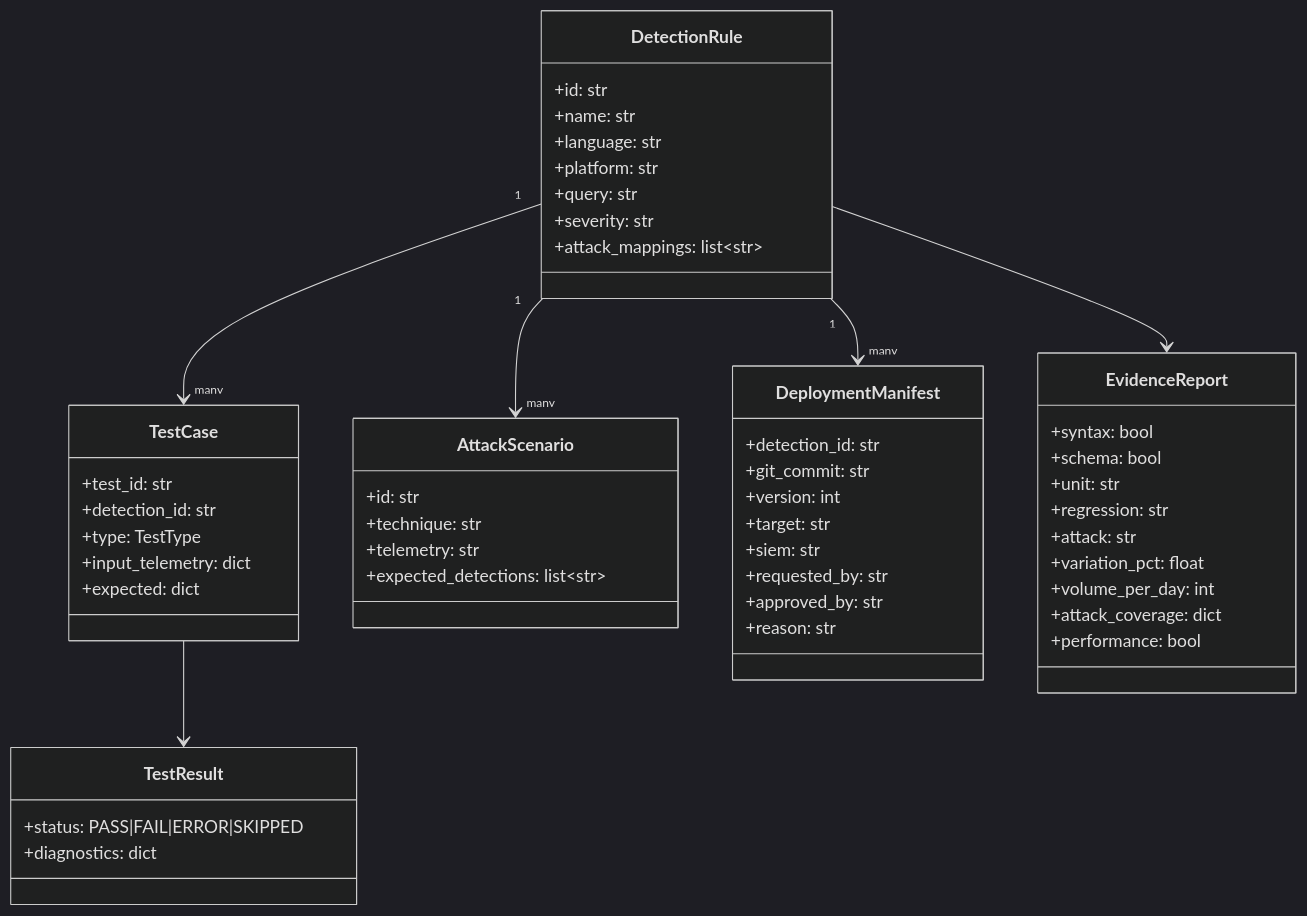
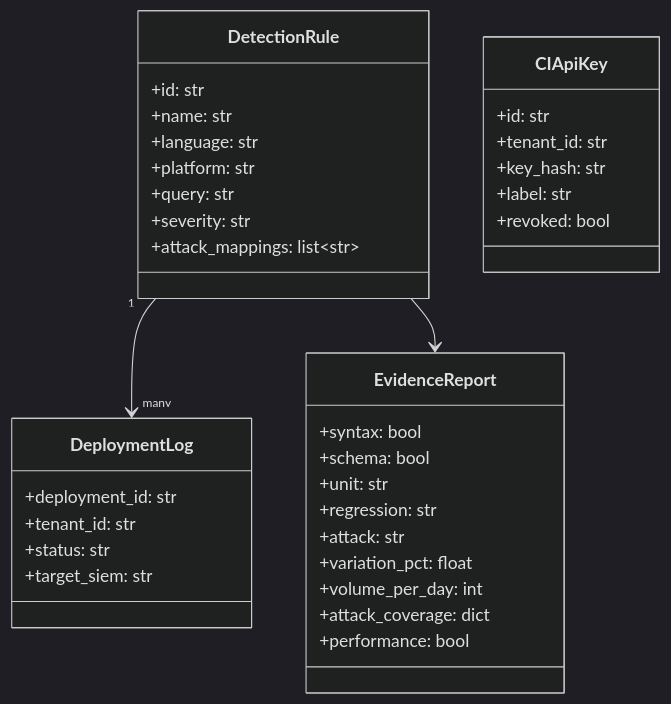
Before and after one commit to Rushi19-04/DRAVE: the fifth of 6 diagrams in knowledgeBase/ARCHITECTURE.md, drawn with Mermaid (dark theme). The commit also changed other lines of this file, not shown here.

Commit message:
docs: update architecture diagram with real stack

````diff
--- a/knowledgeBase/ARCHITECTURE.md
+++ b/knowledgeBase/ARCHITECTURE.md
@@ -170,61 +199,42 @@
 ```mermaid
 classDiagram
     class DetectionRule {
         +id: str
         +name: str
         +language: str
         +platform: str
         +query: str
         +severity: str
         +attack_mappings: list~str~
     }
 
-    class TestCase {
-        +test_id: str
-        +detection_id: str
-        +type: TestType
-        +input_telemetry: dict
-        +expected: dict
+    class CIApiKey {
+        +id: str
+        +tenant_id: str
+        +key_hash: str
+        +label: str
+        +revoked: bool
     }
 
-    class TestResult {
-        +status: PASS|FAIL|ERROR|SKIPPED
-        +diagnostics: dict
-    }
-
-    class AttackScenario {
-        +id: str
-        +technique: str
-        +telemetry: str
-        +expected_detections: list~str~
-    }
-
-    class DeploymentManifest {
-        +detection_id: str
-        +git_commit: str
-        +version: int
-        +target: str
-        +siem: str
-        +requested_by: str
-        +approved_by: str
-        +reason: str
+    class DeploymentLog {
+        +deployment_id: str
+        +tenant_id: str
+        +status: str
+        +target_siem: str
     }
 
     class EvidenceReport {
         +syntax: bool
         +schema: bool
         +unit: str
         +regression: str
         +attack: str
         +variation_pct: float
         +volume_per_day: int
         +attack_coverage: dict
         +performance: bool
     }
 
-    DetectionRule "1" --> "many" TestCase
-    TestCase --> TestResult
-    DetectionRule "1" --> "many" AttackScenario
-    DetectionRule "1" --> "many" DeploymentManifest
+    DetectionRule "1" --> "many" DeploymentLog
     DetectionRule --> EvidenceReport
 ```
````
